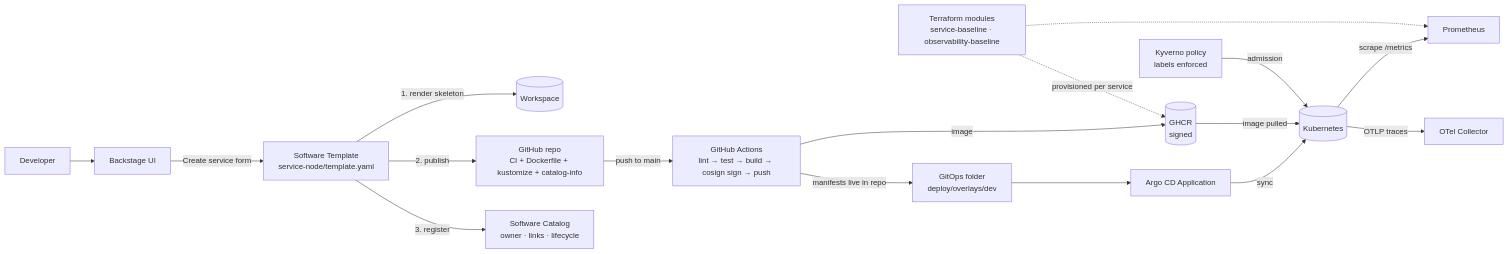
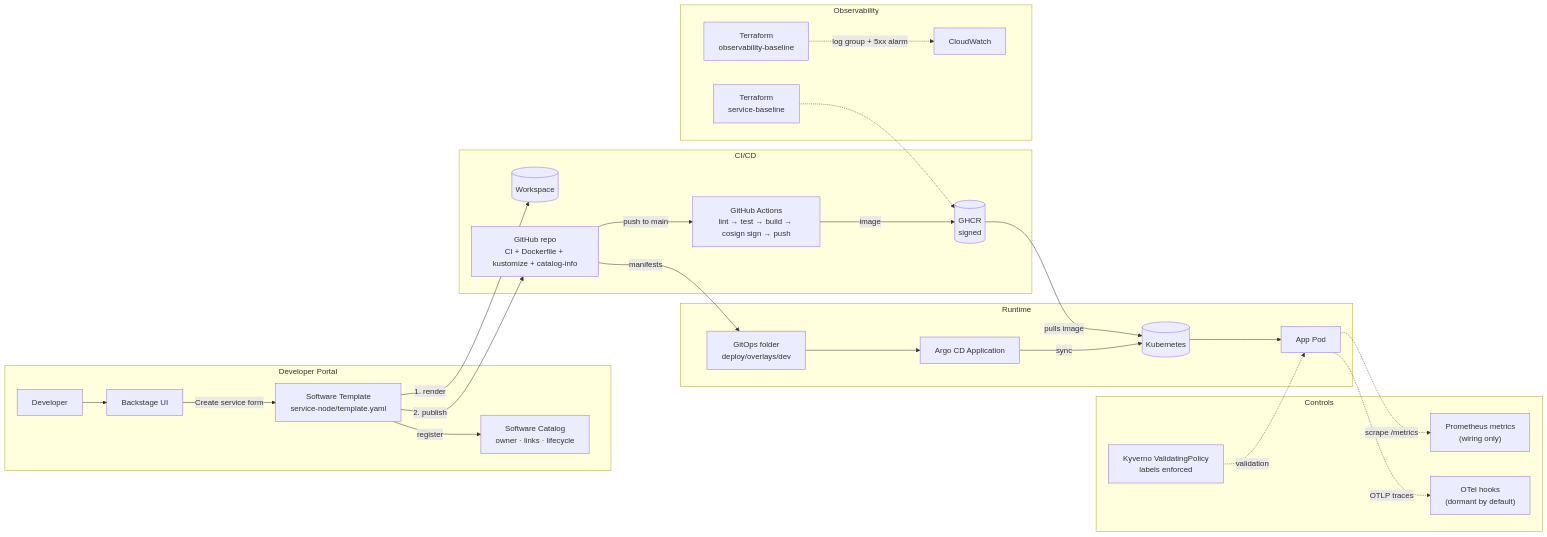
The diagram in docs/architecture.md (OtowoSamuel/idp-golden-path), drawn with Mermaid before and after one commit. The commit also changed other lines of this file, not shown here.

Commit message:
Update architecture diagram: honest about visibility wiring
- Group into meaningful sections: Developer Portal, CI/CD, Runtime,
  Controls, Observability
- Prometheus/OTel marked as 'wiring only' / 'dormant by default'
- Added section explaining runtime visibility is wiring, not running
- Fixed 'key design choice' to not claim Prometheus works out of box

````diff
--- a/docs/architecture.md
+++ b/docs/architecture.md
@@ -3,19 +3,34 @@
 ```mermaid
 flowchart LR
-    dev[Developer] --> ui[Backstage UI]
-    ui -->|"Create service form"| tpl["Software Template<br/>service-node/template.yaml"]
-    tpl -->|"1. render skeleton"| ws[(Workspace)]
-    tpl -->|"2. publish"| gh[GitHub repo<br/>CI + Dockerfile + kustomize + catalog-info]
-    tpl -->|"3. register"| cat[Software Catalog<br/>owner · links · lifecycle]
-    gh -->|"push to main"| ci["GitHub Actions<br/>lint → test → build → cosign sign → push"]
-    ci -->|image| ghcr[(GHCR<br/>signed)]
-    ci -->|manifests live in repo| gitops[GitOps folder<br/>deploy/overlays/dev]
-    gitops --> argo[Argo CD Application]
-    argo -->|sync| k8s[(Kubernetes)]
-    ghcr -->|image pulled| k8s
-    k8s -->|scrape /metrics| prom[Prometheus]
-    k8s -->|OTLP traces| otel[OTel Collector]
-    kyverno[Kyverno policy<br/>labels enforced] -->|admission| k8s
-    tf["Terraform modules<br/>service-baseline · observability-baseline"] -.->|provisioned per service| ghcr
-    tf -.-> prom
+    subgraph portal["Developer Portal"]
+        dev[Developer] --> ui[Backstage UI]
+        ui -->|"Create service form"| tpl["Software Template<br/>service-node/template.yaml"]
+        tpl -->|"register"| cat[Software Catalog<br/>owner · links · lifecycle]
+    end
+
+    subgraph cicd["CI/CD"]
+        tpl -->|"1. render"| ws[(Workspace)]
+        tpl -->|"2. publish"| gh[GitHub repo<br/>CI + Dockerfile + kustomize + catalog-info]
+        gh -->|"push to main"| ci["GitHub Actions<br/>lint → test → build → cosign sign → push"]
+        ci -->|image| ghcr[(GHCR<br/>signed)]
+    end
+
+    subgraph runtime["Runtime"]
+        gh -->|manifests| gitops[GitOps folder<br/>deploy/overlays/dev]
+        gitops --> argo[Argo CD Application]
+        argo -->|"sync"| k8s[(Kubernetes)]
+        ghcr -->|"pulls image"| k8s
+        k8s --> pod[App Pod]
+    end
+
+    subgraph controls["Controls"]
+        kyverno["Kyverno ValidatingPolicy<br/>labels enforced"] -.->|validation| pod
+        pod -.->|"scrape /metrics"| prom["Prometheus metrics<br/>(wiring only)"]
+        pod -.->|"OTLP traces"| otel["OTel hooks<br/>(dormant by default)"]
+    end
+
+    subgraph observability["Observability"]
+        tf1["Terraform<br/>service-baseline"] -.-> ghcr
+        tf2["Terraform<br/>observability-baseline"] -.->|"log group + 5xx alarm"| cw["CloudWatch"]
+    end
 ```
````
